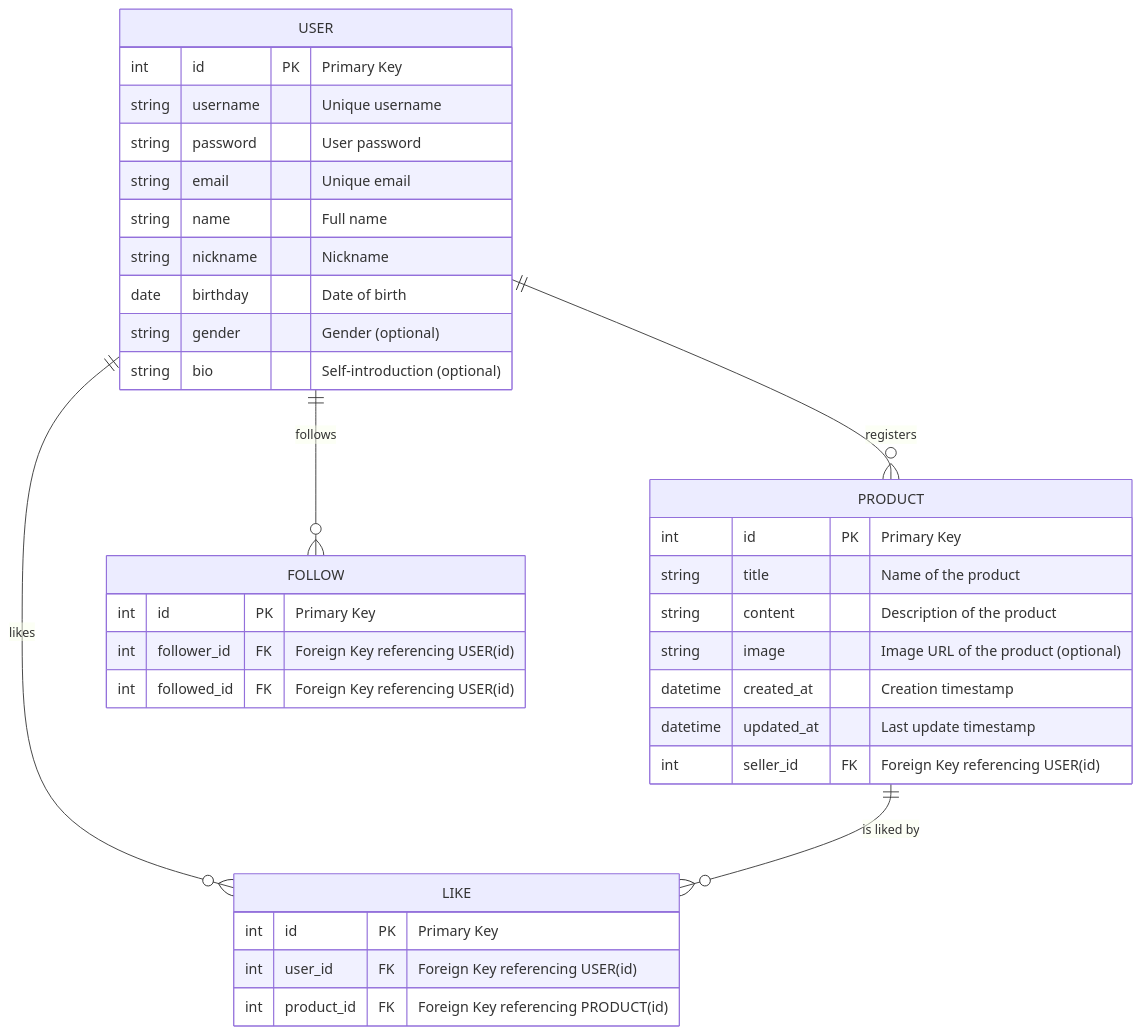
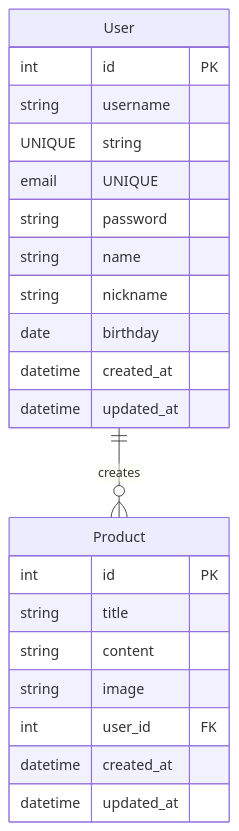
One commit to su2708/Personal_project4 changed the diagram in README.md. Above: the diagram before and after it, drawn with Mermaid. The commit also changed other lines of this file and 10 other files, not shown here.

````diff
--- a/README.md
+++ b/README.md
@@ -82,42 +80,27 @@
 ```mermaid
 erDiagram
-    USER {
-        int id PK "Primary Key"
-        string username "Unique username"
-        string password "User password"
-        string email "Unique email"
-        string name "Full name"
-        string nickname "Nickname"
-        date birthday "Date of birth"
-        string gender "Gender (optional)"
-        string bio "Self-introduction (optional)"
+    User {
+        int id PK
+        string username UNIQUE
+        string email UNIQUE
+        string password
+        string name
+        string nickname
+        date birthday
+        datetime created_at
+        datetime updated_at
+    }
+    
+    Product {
+        int id PK
+        string title
+        string content
+        string image
+        int user_id FK
+        datetime created_at
+        datetime updated_at
     }
 
-    PRODUCT {
-        int id PK "Primary Key"
-        string title "Name of the product"
-        string content "Description of the product"
-        string image "Image URL of the product (optional)"
-        datetime created_at "Creation timestamp"
-        datetime updated_at "Last update timestamp"
-        int seller_id FK "Foreign Key referencing USER(id)"
-    }
+    User ||--o{ Product : "creates"
 
-    FOLLOW {
-        int id PK "Primary Key"
-        int follower_id FK "Foreign Key referencing USER(id)"
-        int followed_id FK "Foreign Key referencing USER(id)"
-    }
-
-    LIKE {
-        int id PK "Primary Key"
-        int user_id FK "Foreign Key referencing USER(id)"
-        int product_id FK "Foreign Key referencing PRODUCT(id)"
-    }
-
-    %% Relationships
-    USER ||--o{ PRODUCT : "registers"
-    USER ||--o{ FOLLOW : "follows"
-    USER ||--o{ LIKE : "likes"
-    PRODUCT ||--o{ LIKE : "is liked by"
 ```
````
